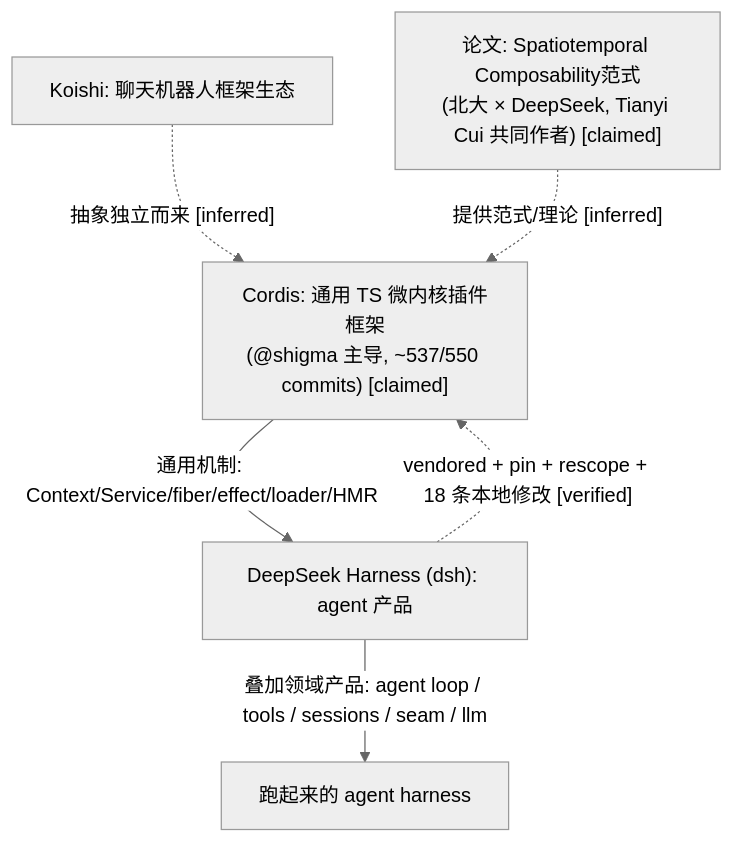
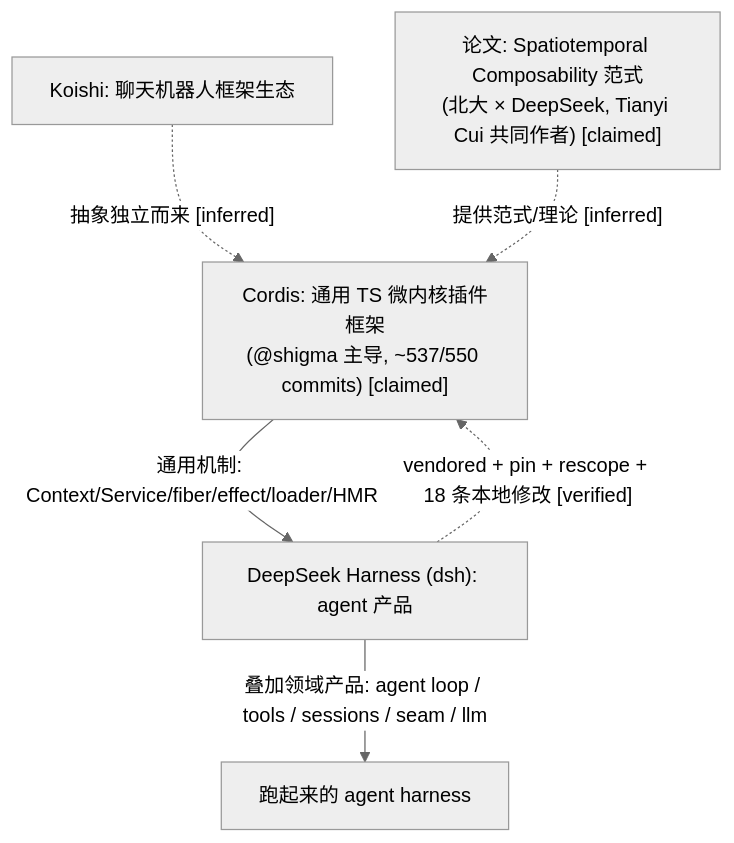
One commit to xiaonancs/deepseek-harness-deep-dive changed the fifth of 5 diagrams in Part I Principles and Usage/02-一切皆插件与Cordis.md. Above: the diagram before and after it, drawn with Mermaid. The commit also changed other lines of this file and 21 other files, not shown here.

Commit message:
Polish prose against paper PDF; fix Ch23 section/figure numbers and 总纲 part list

````diff
--- a/Part I Principles and Usage/02-一切皆插件与Cordis.md
+++ b/Part I Principles and Usage/02-一切皆插件与Cordis.md
@@ -191,14 +191,14 @@
 ```mermaid
 %%{init: {'theme':'neutral'}}%%
 flowchart TD
-  Paper["论文: Spatiotemporal Composability范式<br/>(北大 × DeepSeek, Tianyi Cui 共同作者) [claimed]"]
+  Paper["论文: Spatiotemporal Composability 范式<br/>(北大 × DeepSeek, Tianyi Cui 共同作者) [claimed]"]
   Koishi["Koishi: 聊天机器人框架生态"]
   Cordis["Cordis: 通用 TS 微内核插件框架<br/>(@shigma 主导, ~537/550 commits) [claimed]"]
   DSH["DeepSeek Harness (dsh): agent 产品"]
 
   Koishi -. 抽象独立而来 [inferred] .-> Cordis
   Paper -. 提供范式/理论 [inferred] .-> Cordis
   Cordis -->|通用机制: Context/Service/fiber/effect/loader/HMR| DSH
   DSH -. vendored + pin + rescope + 18 条本地修改 [verified] .-> Cordis
   DSH -->|叠加领域产品: agent loop / tools / sessions / seam / llm| DSHOut["跑起来的 agent harness"]
 ```
````
